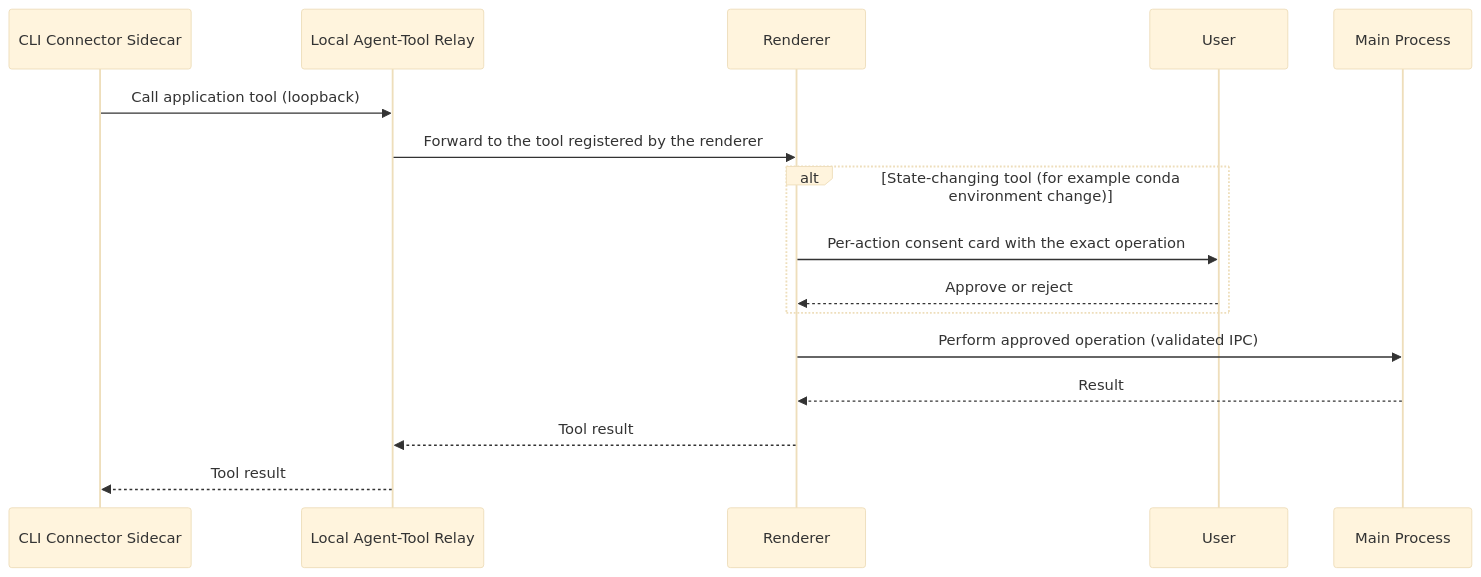
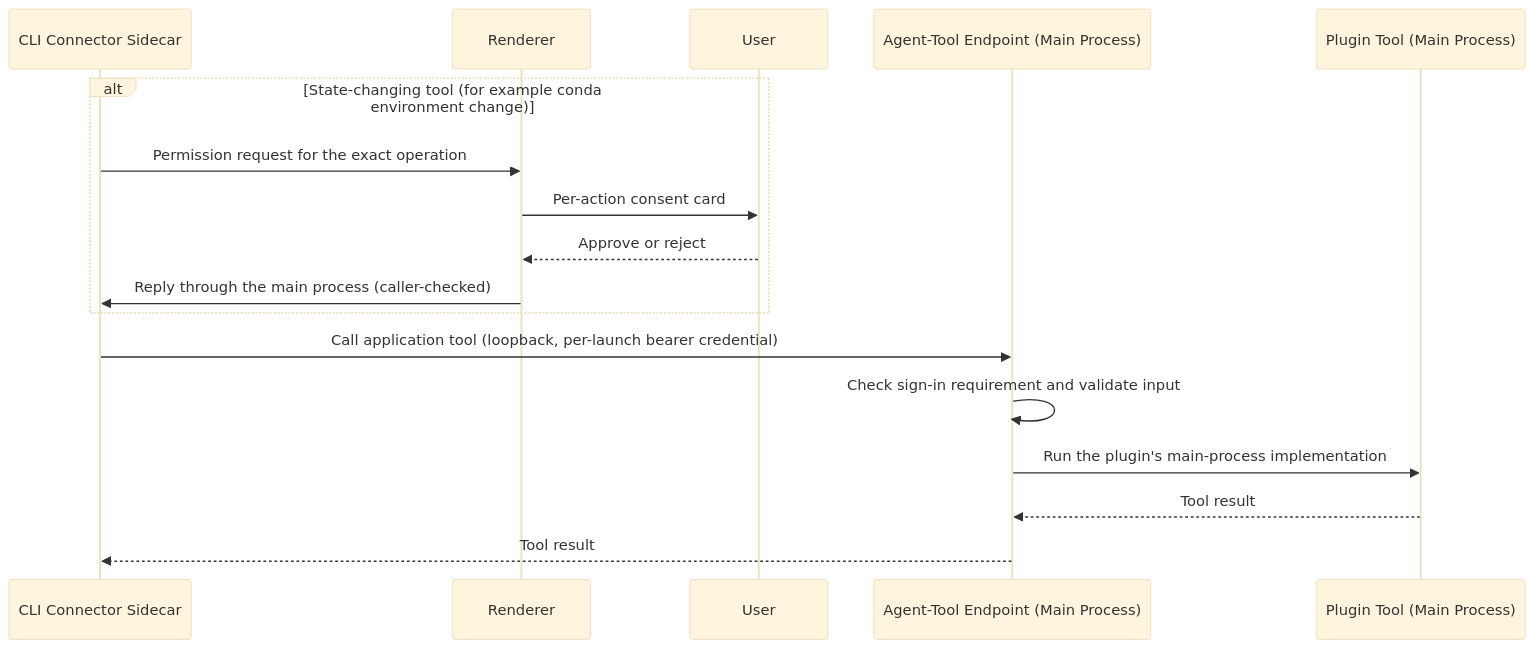
One commit to Kilo-Org/kilo-desktop changed the fifth of 8 diagrams in docs/security/security-architecture.md. Above: the diagram before and after it, drawn with Mermaid (base theme). The commit also changed other lines of this file and 2670 other files, not shown here.

````diff
--- a/docs/security/security-architecture.md
+++ b/docs/security/security-architecture.md
@@ -334,19 +359,20 @@
 ```mermaid
 sequenceDiagram
   participant CLI as CLI Connector Sidecar
-  participant Relay as Local Agent-Tool Relay
   participant UI as Renderer
   participant User as User
-  participant Main as Main Process
+  participant Gateway as Agent-Tool Endpoint (Main Process)
+  participant Plugin as Plugin Tool (Main Process)
 
-  CLI->>Relay: Call application tool (loopback)
-  Relay->>UI: Forward to the tool registered by the renderer
   alt State-changing tool (for example conda environment change)
-    UI->>User: Per-action consent card with the exact operation
+    CLI->>UI: Permission request for the exact operation
+    UI->>User: Per-action consent card
     User-->>UI: Approve or reject
+    UI->>CLI: Reply through the main process (caller-checked)
   end
-  UI->>Main: Perform approved operation (validated IPC)
-  Main-->>UI: Result
-  UI-->>Relay: Tool result
-  Relay-->>CLI: Tool result
+  CLI->>Gateway: Call application tool (loopback, per-launch bearer credential)
+  Gateway->>Gateway: Check sign-in requirement and validate input
+  Gateway->>Plugin: Run the plugin's main-process implementation
+  Plugin-->>Gateway: Tool result
+  Gateway-->>CLI: Tool result
 ```
````
